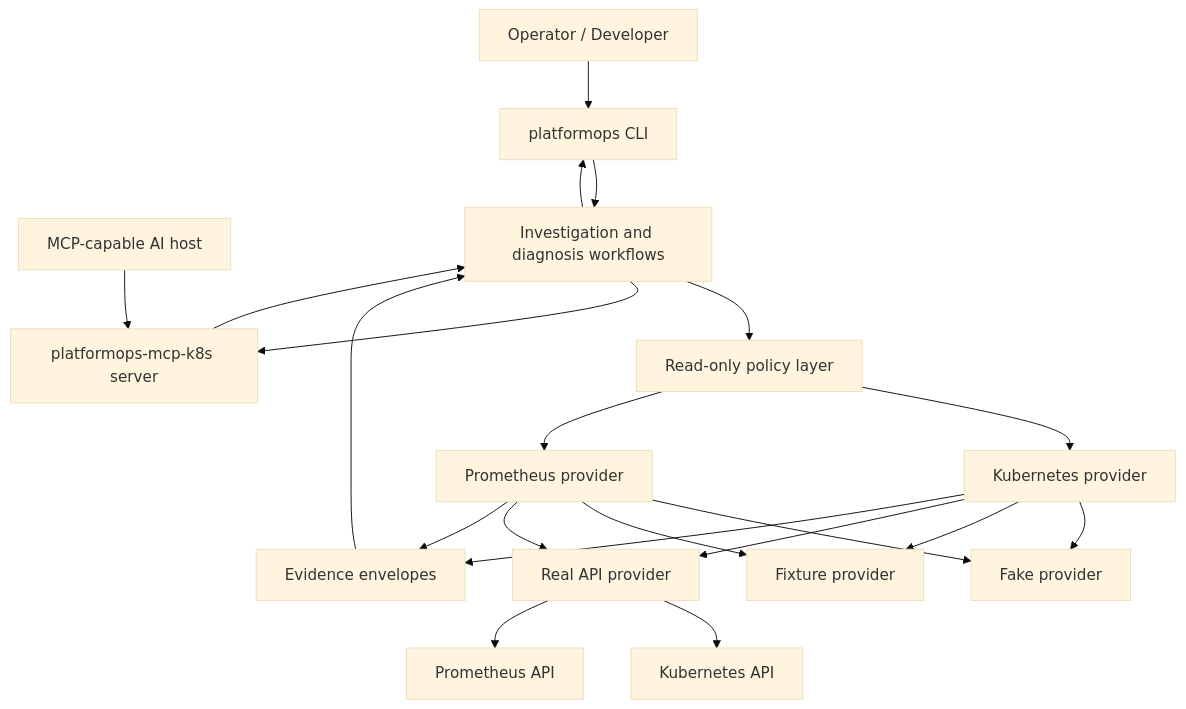
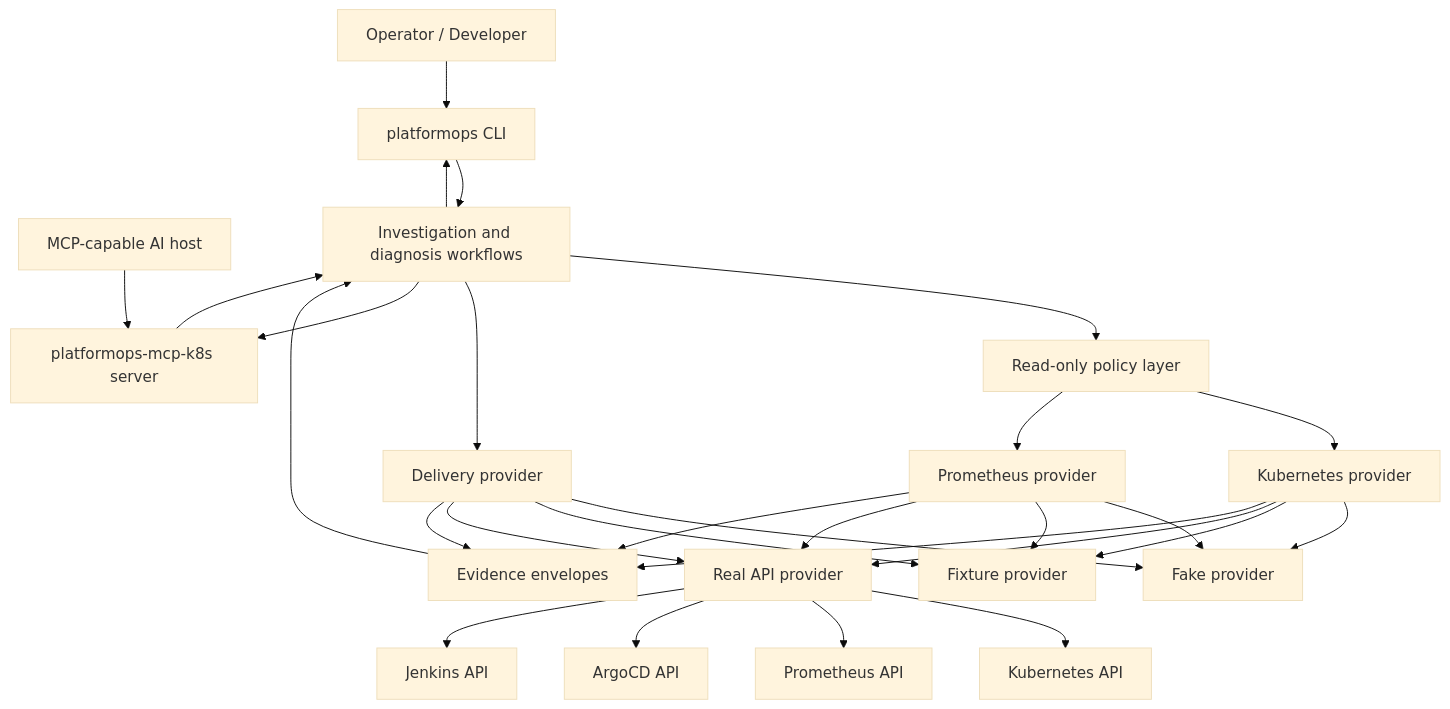
The first of 3 diagrams in docs/architecture/current-setup.md (FAHID-KHAN/platformops-ai), drawn with Mermaid (base theme) before and after one commit. The commit also changed other lines of this file and 26 other files, not shown here.

````diff
--- a/docs/architecture/current-setup.md
+++ b/docs/architecture/current-setup.md
@@ -14,46 +14,54 @@
 ```mermaid
 flowchart TD
     human[Operator / Developer]
     ai[MCP-capable AI host]
     cli[platformops CLI]
     mcp[platformops-mcp-k8s server]
 
     app[Investigation and diagnosis workflows]
     policy[Read-only policy layer]
     evidence[Evidence envelopes]
 
     k8sProvider[Kubernetes provider]
     promProvider[Prometheus provider]
+    deliveryProvider[Delivery provider]
 
     fake[Fake provider]
     fixture[Fixture provider]
     api[Real API provider]
 
     kube[Kubernetes API]
     prom[Prometheus API]
 
     human --> cli
     ai --> mcp
     cli --> app
     mcp --> app
 
     app --> policy
     policy --> k8sProvider
     policy --> promProvider
+    app --> deliveryProvider
 
     k8sProvider --> fake
     k8sProvider --> fixture
     k8sProvider --> api
     promProvider --> fake
     promProvider --> fixture
     promProvider --> api
+    deliveryProvider --> fake
+    deliveryProvider --> fixture
+    deliveryProvider --> api
 
     api --> kube
     api --> prom
+    api --> argocd[ArgoCD API]
+    api --> jenkins[Jenkins API]
 
     k8sProvider --> evidence
     promProvider --> evidence
+    deliveryProvider --> evidence
     evidence --> app
     app --> cli
     app --> mcp
 ```
````
